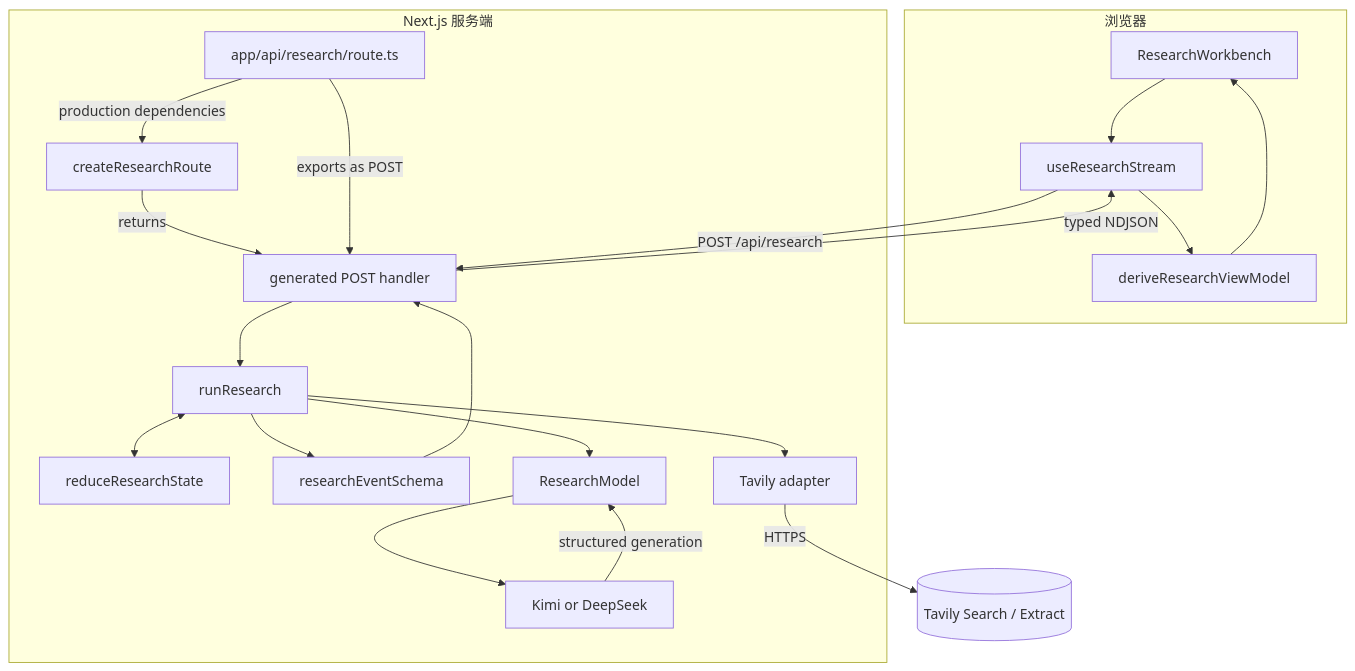
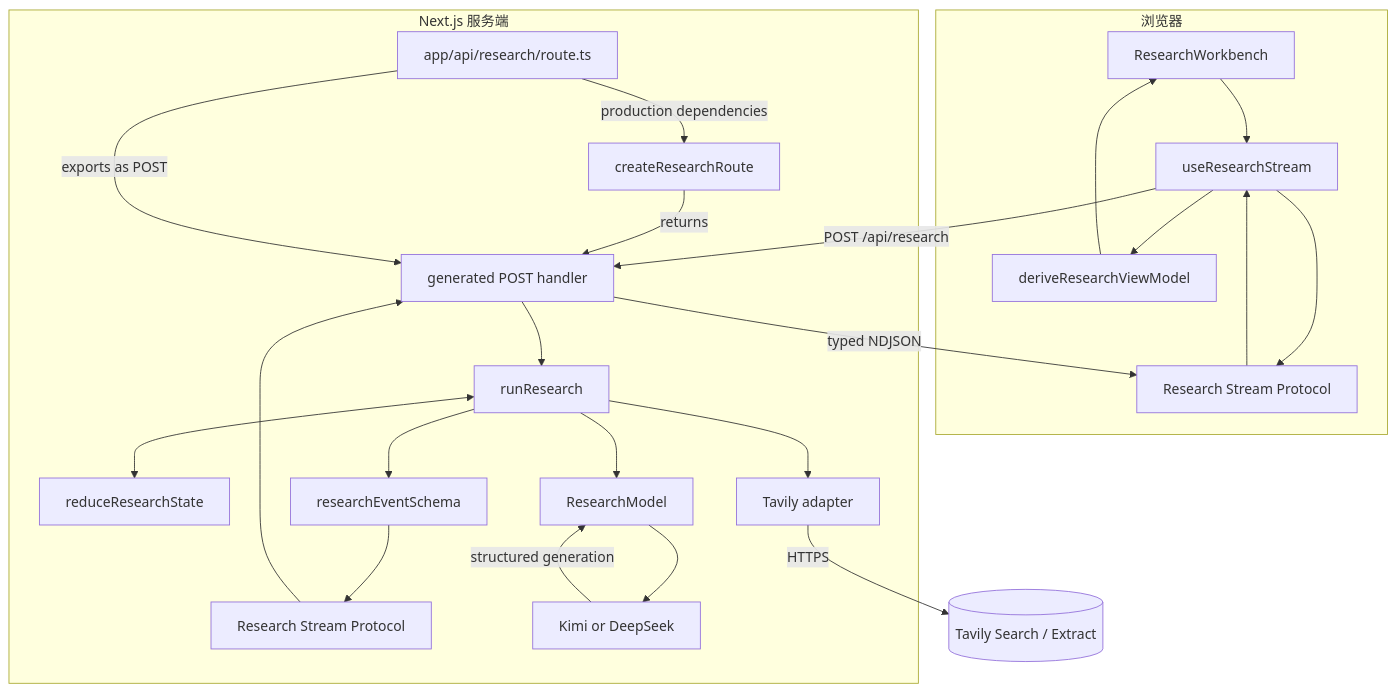
One commit to nightsu/research-agent-demo changed the first of 3 diagrams in docs/architecture.md. Above: the diagram before and after it, drawn with Mermaid. The commit also changed other lines of this file and 9 other files, not shown here.

Commit message:
refactor: centralize research stream protocol

````diff
--- a/docs/architecture.md
+++ b/docs/architecture.md
@@ -28,36 +29,39 @@
 ```mermaid
 flowchart TB
     subgraph Browser[浏览器]
       UI[ResearchWorkbench]
       Hook[useResearchStream]
+      Protocol[Research Stream Protocol]
       VM[deriveResearchViewModel]
       UI --> Hook
+      Hook --> Protocol
       Hook --> VM --> UI
     end
 
     subgraph Server["Next.js 服务端"]
       Wrapper["app/api/research/route.ts"]
       Factory[createResearchRoute]
       Handler[generated POST handler]
       Agent[runResearch]
       State[reduceResearchState]
       Events[researchEventSchema]
+      ProtocolServer[Research Stream Protocol]
       Model[ResearchModel]
       Provider[Kimi or DeepSeek]
       Tavily[Tavily adapter]
 
       Wrapper -- production dependencies --> Factory
       Factory -- returns --> Handler
       Wrapper -- exports as POST --> Handler
       Handler --> Agent
       Agent <--> State
-      Agent --> Events --> Handler
+      Agent --> Events --> ProtocolServer --> Handler
       Agent --> Model --> Provider
       Agent --> Tavily
     end
 
     Hook -- POST /api/research --> Handler
-    Handler -- typed NDJSON --> Hook
+    Handler -- typed NDJSON --> Protocol --> Hook
     Provider -- structured generation --> Model
     Tavily -- HTTPS --> Web[("Tavily Search / Extract")]
 ```
````
